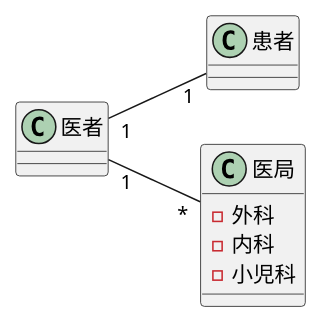
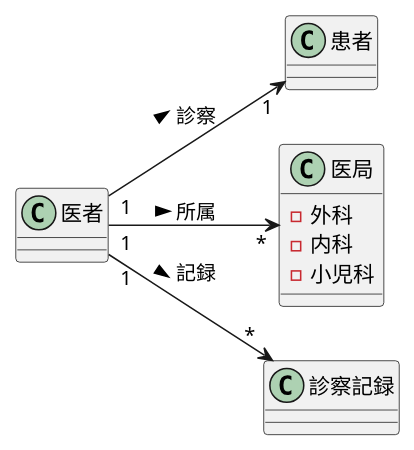
Before and after one commit to Nshikawakazuki/uml-intr: the diagram in 演習3-2_CL_医師と患者と医局と診療記録.pu, drawn with PlantUML. The commit also changed 1 other file, not shown here.

```diff
--- a/演習3-2_CL_医師と患者と医局と診療記録.pu
+++ b/演習3-2_CL_医師と患者と医局と診療記録.pu
@@ -1,14 +1,18 @@
 @startuml 診察記録
  left to right direction
 class "医者" as doctor {
 }
 class "患者" as patient {
 }
 class "医局" as unit {
 -外科
 -内科
 -小児科
 }
-doctor "1" -down- "1"   patient 
-doctor "1" -down- "*" unit
+class "診察記録" as check {
+}
+
+doctor "1" --> "1" patient :診察 > 
+doctor "1" --> "*" unit :所属 >
+doctor "1" --> "*" check :記録 >
 @enduml
```
